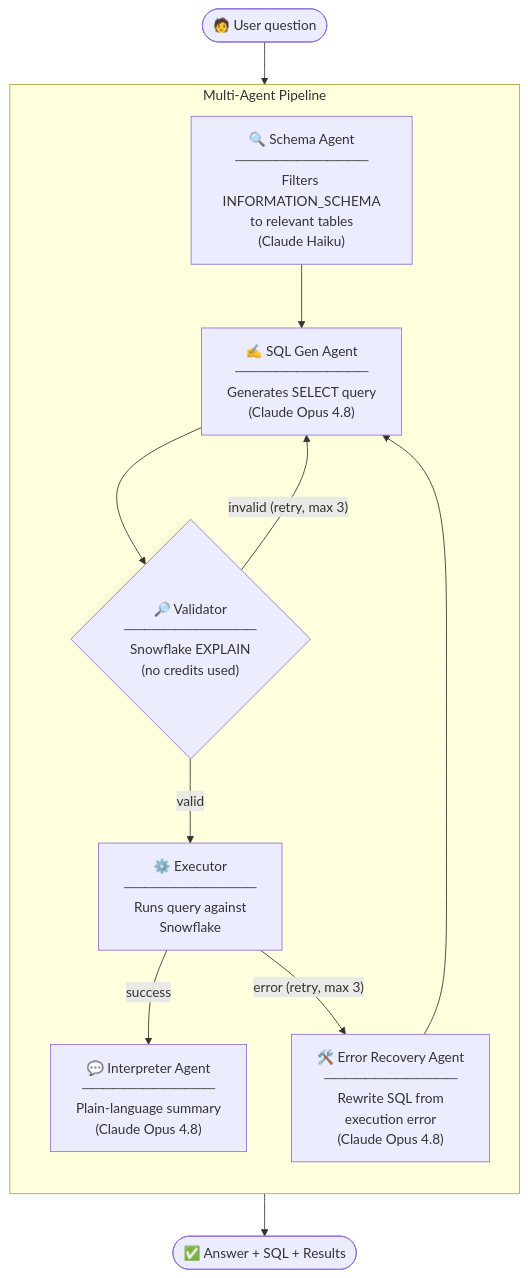
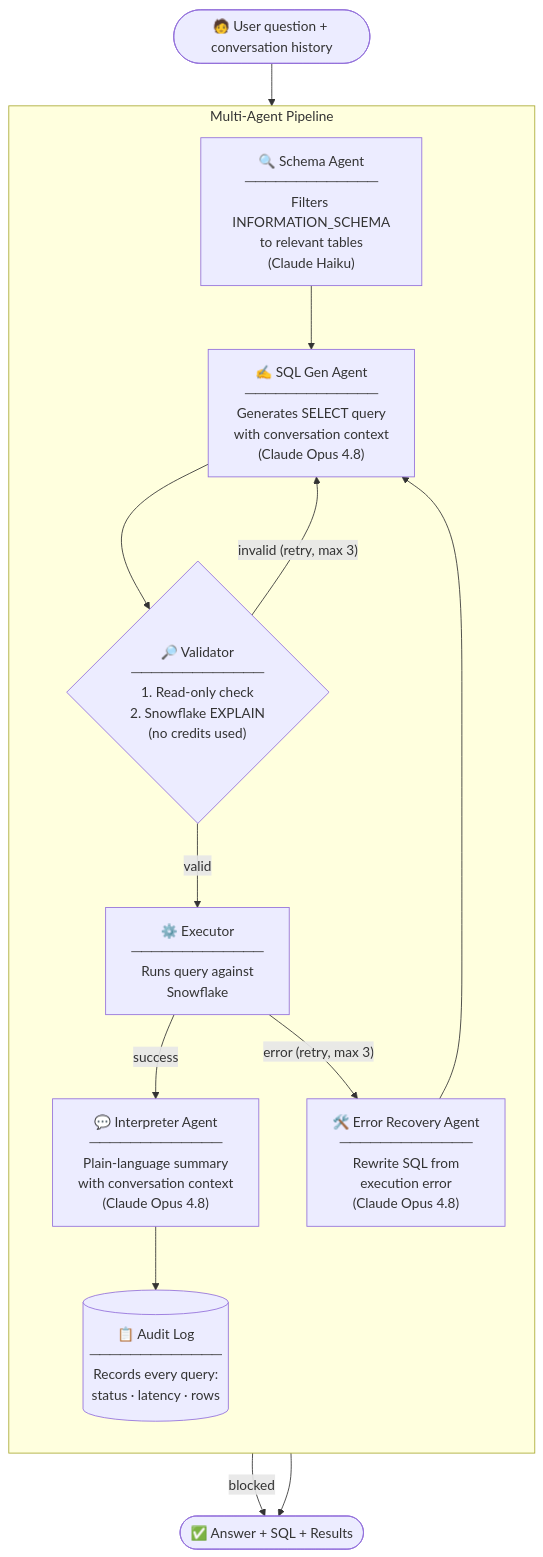
Before and after one commit to rayappagari/snowflake-query-assistant: the diagram in README.md, drawn with Mermaid. The commit also changed other lines of this file, not shown here.

````diff
--- a/README.md
+++ b/README.md
@@ -7,26 +28,29 @@
 ```mermaid
 flowchart TD
-    User(["🧑 User question"])
+    User(["🧑 User question + conversation history"])
 
     subgraph Agents ["Multi-Agent Pipeline"]
         direction TB
         A["🔍 Schema Agent\n─────────────\nFilters INFORMATION_SCHEMA\nto relevant tables\n(Claude Haiku)"]
-        B["✍️ SQL Gen Agent\n─────────────\nGenerates SELECT query\n(Claude Opus 4.8)"]
-        C{"🔎 Validator\n─────────────\nSnowflake EXPLAIN\n(no credits used)"}
+        B["✍️ SQL Gen Agent\n─────────────\nGenerates SELECT query\nwith conversation context\n(Claude Opus 4.8)"]
+        C{"🔎 Validator\n─────────────\n1. Read-only check\n2. Snowflake EXPLAIN\n(no credits used)"}
         D["⚙️ Executor\n─────────────\nRuns query against\nSnowflake"]
-        E["💬 Interpreter Agent\n─────────────\nPlain-language summary\n(Claude Opus 4.8)"]
+        E["💬 Interpreter Agent\n─────────────\nPlain-language summary\nwith conversation context\n(Claude Opus 4.8)"]
         F["🛠️ Error Recovery Agent\n─────────────\nRewrite SQL from\nexecution error\n(Claude Opus 4.8)"]
+        G[("📋 Audit Log\n─────────────\nRecords every query:\nstatus · latency · rows")]
     end
 
     Result(["✅ Answer + SQL + Results"])
 
     User --> A
     A --> B
     B --> C
+    C -- blocked --> Result
+    C -- "invalid (retry, max 3)" --> B
     C -- valid --> D
-    C -- "invalid (retry, max 3)" --> B
     D -- success --> E
     D -- "error (retry, max 3)" --> F
     F --> B
     E --> Result
+    E --> G
 ```
````
